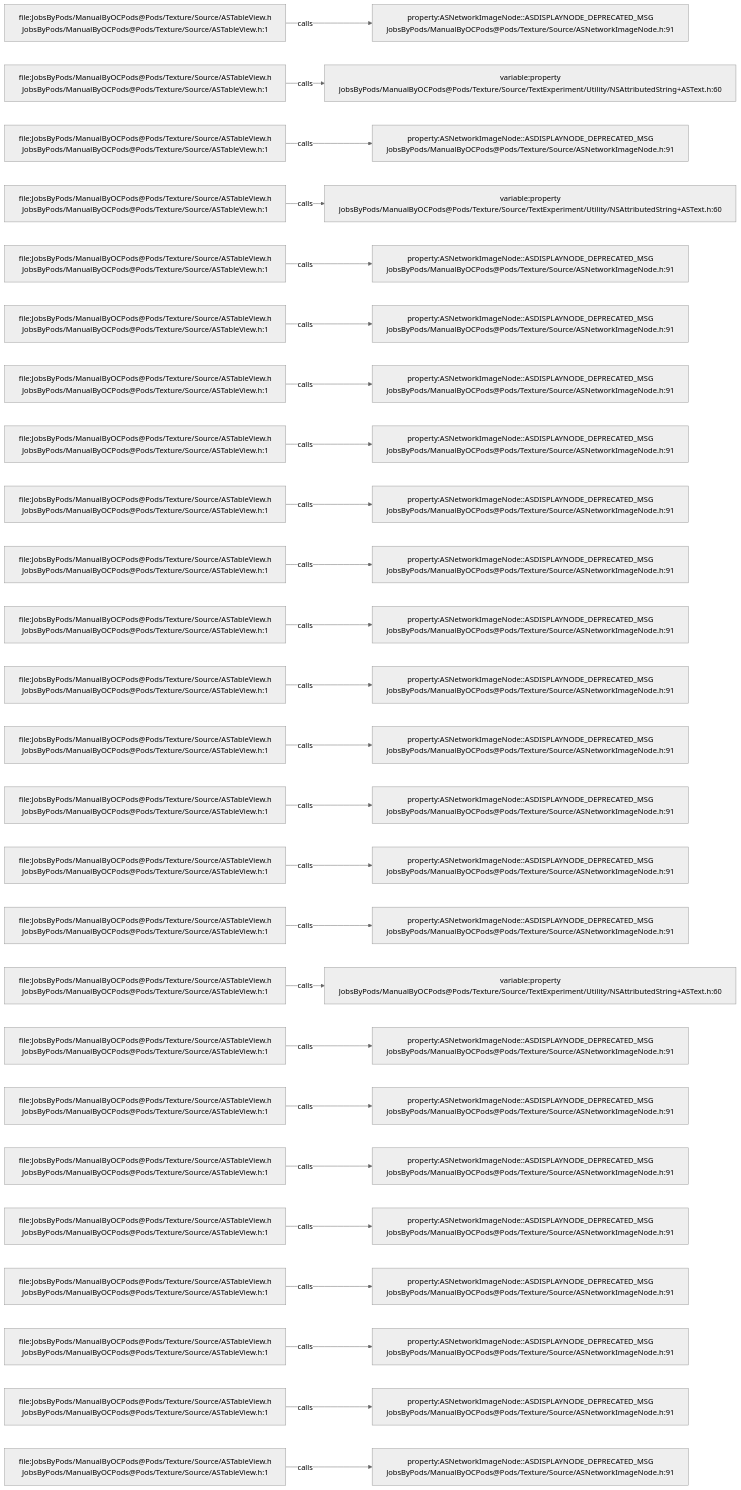
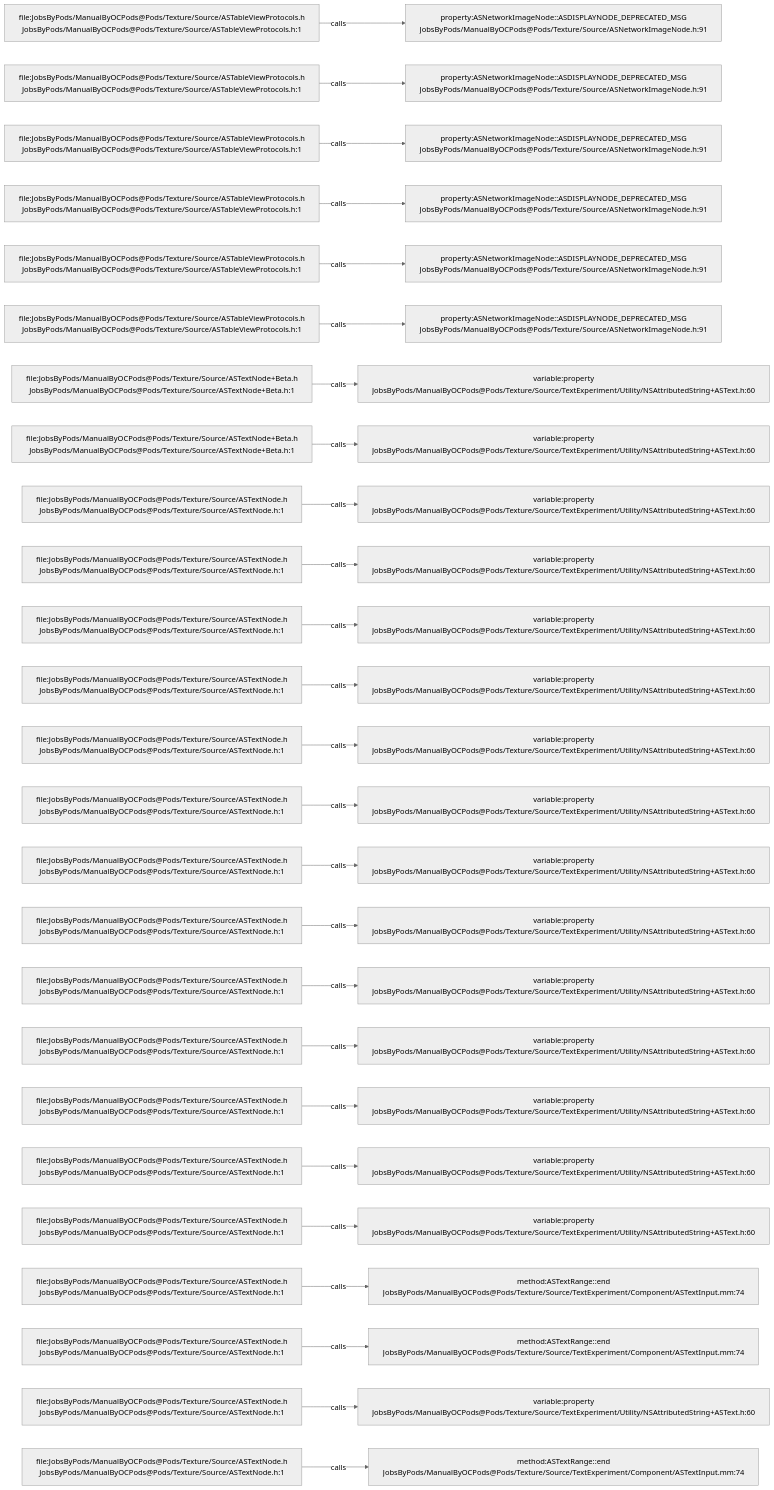
The diagram in .codegraph/codegraph.md/graphs/calls-117.md (JobsKits/JobsOCBaseConfigDemo), drawn with Mermaid (neutral theme) before and after one commit. The commit also changed 2723 other files, not shown here.

````diff
--- a/.codegraph/codegraph.md/graphs/calls-117.md
+++ b/.codegraph/codegraph.md/graphs/calls-117.md
@@ -13,78 +13,78 @@
 ```mermaid
 flowchart LR
-  S1["file:JobsByPods/ManualByOCPods@Pods/Texture/Source/ASTableView.h<br/>JobsByPods/ManualByOCPods@Pods/Texture/Source/ASTableView.h:1"]
+  S1["file:JobsByPods/ManualByOCPods@Pods/Texture/Source/ASTableViewProtocols.h<br/>JobsByPods/ManualByOCPods@Pods/Texture/Source/ASTableViewProtocols.h:1"]
   T1["property:ASNetworkImageNode::ASDISPLAYNODE_DEPRECATED_MSG<br/>JobsByPods/ManualByOCPods@Pods/Texture/Source/ASNetworkImageNode.h:91"]
   S1 -->|calls| T1
-  S2["file:JobsByPods/ManualByOCPods@Pods/Texture/Source/ASTableView.h<br/>JobsByPods/ManualByOCPods@Pods/Texture/Source/ASTableView.h:1"]
-  T2["variable:property<br/>JobsByPods/ManualByOCPods@Pods/Texture/Source/TextExperiment/Utility/NSAttributedString+ASText.h:60"]
+  S2["file:JobsByPods/ManualByOCPods@Pods/Texture/Source/ASTableViewProtocols.h<br/>JobsByPods/ManualByOCPods@Pods/Texture/Source/ASTableViewProtocols.h:1"]
+  T2["property:ASNetworkImageNode::ASDISPLAYNODE_DEPRECATED_MSG<br/>JobsByPods/ManualByOCPods@Pods/Texture/Source/ASNetworkImageNode.h:91"]
   S2 -->|calls| T2
-  S3["file:JobsByPods/ManualByOCPods@Pods/Texture/Source/ASTableView.h<br/>JobsByPods/ManualByOCPods@Pods/Texture/Source/ASTableView.h:1"]
+  S3["file:JobsByPods/ManualByOCPods@Pods/Texture/Source/ASTableViewProtocols.h<br/>JobsByPods/ManualByOCPods@Pods/Texture/Source/ASTableViewProtocols.h:1"]
   T3["property:ASNetworkImageNode::ASDISPLAYNODE_DEPRECATED_MSG<br/>JobsByPods/ManualByOCPods@Pods/Texture/Source/ASNetworkImageNode.h:91"]
   S3 -->|calls| T3
-  S4["file:JobsByPods/ManualByOCPods@Pods/Texture/Source/ASTableView.h<br/>JobsByPods/ManualByOCPods@Pods/Texture/Source/ASTableView.h:1"]
-  T4["variable:property<br/>JobsByPods/ManualByOCPods@Pods/Texture/Source/TextExperiment/Utility/NSAttributedString+ASText.h:60"]
+  S4["file:JobsByPods/ManualByOCPods@Pods/Texture/Source/ASTableViewProtocols.h<br/>JobsByPods/ManualByOCPods@Pods/Texture/Source/ASTableViewProtocols.h:1"]
+  T4["property:ASNetworkImageNode::ASDISPLAYNODE_DEPRECATED_MSG<br/>JobsByPods/ManualByOCPods@Pods/Texture/Source/ASNetworkImageNode.h:91"]
   S4 -->|calls| T4
-  S5["file:JobsByPods/ManualByOCPods@Pods/Texture/Source/ASTableView.h<br/>JobsByPods/ManualByOCPods@Pods/Texture/Source/ASTableView.h:1"]
+  S5["file:JobsByPods/ManualByOCPods@Pods/Texture/Source/ASTableViewProtocols.h<br/>JobsByPods/ManualByOCPods@Pods/Texture/Source/ASTableViewProtocols.h:1"]
   T5["property:ASNetworkImageNode::ASDISPLAYNODE_DEPRECATED_MSG<br/>JobsByPods/ManualByOCPods@Pods/Texture/Source/ASNetworkImageNode.h:91"]
   S5 -->|calls| T5
-  S6["file:JobsByPods/ManualByOCPods@Pods/Texture/Source/ASTableView.h<br/>JobsByPods/ManualByOCPods@Pods/Texture/Source/ASTableView.h:1"]
+  S6["file:JobsByPods/ManualByOCPods@Pods/Texture/Source/ASTableViewProtocols.h<br/>JobsByPods/ManualByOCPods@Pods/Texture/Source/ASTableViewProtocols.h:1"]
   T6["property:ASNetworkImageNode::ASDISPLAYNODE_DEPRECATED_MSG<br/>JobsByPods/ManualByOCPods@Pods/Texture/Source/ASNetworkImageNode.h:91"]
   S6 -->|calls| T6
-  S7["file:JobsByPods/ManualByOCPods@Pods/Texture/Source/ASTableView.h<br/>JobsByPods/ManualByOCPods@Pods/Texture/Source/ASTableView.h:1"]
-  T7["property:ASNetworkImageNode::ASDISPLAYNODE_DEPRECATED_MSG<br/>JobsByPods/ManualByOCPods@Pods/Texture/Source/ASNetworkImageNode.h:91"]
+  S7["file:JobsByPods/ManualByOCPods@Pods/Texture/Source/ASTextNode+Beta.h<br/>JobsByPods/ManualByOCPods@Pods/Texture/Source/ASTextNode+Beta.h:1"]
+  T7["variable:property<br/>JobsByPods/ManualByOCPods@Pods/Texture/Source/TextExperiment/Utility/NSAttributedString+ASText.h:60"]
   S7 -->|calls| T7
-  S8["file:JobsByPods/ManualByOCPods@Pods/Texture/Source/ASTableView.h<br/>JobsByPods/ManualByOCPods@Pods/Texture/Source/ASTableView.h:1"]
-  T8["property:ASNetworkImageNode::ASDISPLAYNODE_DEPRECATED_MSG<br/>JobsByPods/ManualByOCPods@Pods/Texture/Source/ASNetworkImageNode.h:91"]
+  S8["file:JobsByPods/ManualByOCPods@Pods/Texture/Source/ASTextNode+Beta.h<br/>JobsByPods/ManualByOCPods@Pods/Texture/Source/ASTextNode+Beta.h:1"]
+  T8["variable:property<br/>JobsByPods/ManualByOCPods@Pods/Texture/Source/TextExperiment/Utility/NSAttributedString+ASText.h:60"]
   S8 -->|calls| T8
-  S9["file:JobsByPods/ManualByOCPods@Pods/Texture/Source/ASTableView.h<br/>JobsByPods/ManualByOCPods@Pods/Texture/Source/ASTableView.h:1"]
-  T9["property:ASNetworkImageNode::ASDISPLAYNODE_DEPRECATED_MSG<br/>JobsByPods/ManualByOCPods@Pods/Texture/Source/ASNetworkImageNode.h:91"]
+  S9["file:JobsByPods/ManualByOCPods@Pods/Texture/Source/ASTextNode.h<br/>JobsByPods/ManualByOCPods@Pods/Texture/Source/ASTextNode.h:1"]
+  T9["variable:property<br/>JobsByPods/ManualByOCPods@Pods/Texture/Source/TextExperiment/Utility/NSAttributedString+ASText.h:60"]
   S9 -->|calls| T9
-  S10["file:JobsByPods/ManualByOCPods@Pods/Texture/Source/ASTableView.h<br/>JobsByPods/ManualByOCPods@Pods/Texture/Source/ASTableView.h:1"]
-  T10["property:ASNetworkImageNode::ASDISPLAYNODE_DEPRECATED_MSG<br/>JobsByPods/ManualByOCPods@Pods/Texture/Source/ASNetworkImageNode.h:91"]
+  S10["file:JobsByPods/ManualByOCPods@Pods/Texture/Source/ASTextNode.h<br/>JobsByPods/ManualByOCPods@Pods/Texture/Source/ASTextNode.h:1"]
+  T10["variable:property<br/>JobsByPods/ManualByOCPods@Pods/Texture/Source/TextExperiment/Utility/NSAttributedString+ASText.h:60"]
   S10 -->|calls| T10
-  S11["file:JobsByPods/ManualByOCPods@Pods/Texture/Source/ASTableView.h<br/>JobsByPods/ManualByOCPods@Pods/Texture/Source/ASTableView.h:1"]
-  T11["property:ASNetworkImageNode::ASDISPLAYNODE_DEPRECATED_MSG<br/>JobsByPods/ManualByOCPods@Pods/Texture/Source/ASNetworkImageNode.h:91"]
+  S11["file:JobsByPods/ManualByOCPods@Pods/Texture/Source/ASTextNode.h<br/>JobsByPods/ManualByOCPods@Pods/Texture/Source/ASTextNode.h:1"]
+  T11["variable:property<br/>JobsByPods/ManualByOCPods@Pods/Texture/Source/TextExperiment/Utility/NSAttributedString+ASText.h:60"]
   S11 -->|calls| T11
-  S12["file:JobsByPods/ManualByOCPods@Pods/Texture/Source/ASTableView.h<br/>JobsByPods/ManualByOCPods@Pods/Texture/Source/ASTableView.h:1"]
-  T12["property:ASNetworkImageNode::ASDISPLAYNODE_DEPRECATED_MSG<br/>JobsByPods/ManualByOCPods@Pods/Texture/Source/ASNetworkImageNode.h:91"]
+  S12["file:JobsByPods/ManualByOCPods@Pods/Texture/Source/ASTextNode.h<br/>JobsByPods/ManualByOCPods@Pods/Texture/Source/ASTextNode.h:1"]
+  T12["variable:property<br/>JobsByPods/ManualByOCPods@Pods/Texture/Source/TextExperiment/Utility/NSAttributedString+ASText.h:60"]
   S12 -->|calls| T12
-  S13["file:JobsByPods/ManualByOCPods@Pods/Texture/Source/ASTableView.h<br/>JobsByPods/ManualByOCPods@Pods/Texture/Source/ASTableView.h:1"]
-  T13["property:ASNetworkImageNode::ASDISPLAYNODE_DEPRECATED_MSG<br/>JobsByPods/ManualByOCPods@Pods/Texture/Source/ASNetworkImageNode.h:91"]
+  S13["file:JobsByPods/ManualByOCPods@Pods/Texture/Source/ASTextNode.h<br/>JobsByPods/ManualByOCPods@Pods/Texture/Source/ASTextNode.h:1"]
+  T13["variable:property<br/>JobsByPods/ManualByOCPods@Pods/Texture/Source/TextExperiment/Utility/NSAttributedString+ASText.h:60"]
   S13 -->|calls| T13
-  S14["file:JobsByPods/ManualByOCPods@Pods/Texture/Source/ASTableView.h<br/>JobsByPods/ManualByOCPods@Pods/Texture/Source/ASTableView.h:1"]
-  T14["property:ASNetworkImageNode::ASDISPLAYNODE_DEPRECATED_MSG<br/>JobsByPods/ManualByOCPods@Pods/Texture/Source/ASNetworkImageNode.h:91"]
+  S14["file:JobsByPods/ManualByOCPods@Pods/Texture/Source/ASTextNode.h<br/>JobsByPods/ManualByOCPods@Pods/Texture/Source/ASTextNode.h:1"]
+  T14["variable:property<br/>JobsByPods/ManualByOCPods@Pods/Texture/Source/TextExperiment/Utility/NSAttributedString+ASText.h:60"]
   S14 -->|calls| T14
-  S15["file:JobsByPods/ManualByOCPods@Pods/Texture/Source/ASTableView.h<br/>JobsByPods/ManualByOCPods@Pods/Texture/Source/ASTableView.h:1"]
-  T15["property:ASNetworkImageNode::ASDISPLAYNODE_DEPRECATED_MSG<br/>JobsByPods/ManualByOCPods@Pods/Texture/Source/ASNetworkImageNode.h:91"]
+  S15["file:JobsByPods/ManualByOCPods@Pods/Texture/Source/ASTextNode.h<br/>JobsByPods/ManualByOCPods@Pods/Texture/Source/ASTextNode.h:1"]
+  T15["variable:property<br/>JobsByPods/ManualByOCPods@Pods/Texture/Source/TextExperiment/Utility/NSAttributedString+ASText.h:60"]
   S15 -->|calls| T15
-  S16["file:JobsByPods/ManualByOCPods@Pods/Texture/Source/ASTableView.h<br/>JobsByPods/ManualByOCPods@Pods/Texture/Source/ASTableView.h:1"]
-  T16["property:ASNetworkImageNode::ASDISPLAYNODE_DEPRECATED_MSG<br/>JobsByPods/ManualByOCPods@Pods/Texture/Source/ASNetworkImageNode.h:91"]
+  S16["file:JobsByPods/ManualByOCPods@Pods/Texture/Source/ASTextNode.h<br/>JobsByPods/ManualByOCPods@Pods/Texture/Source/ASTextNode.h:1"]
+  T16["variable:property<br/>JobsByPods/ManualByOCPods@Pods/Texture/Source/TextExperiment/Utility/NSAttributedString+ASText.h:60"]
   S16 -->|calls| T16
-  S17["file:JobsByPods/ManualByOCPods@Pods/Texture/Source/ASTableView.h<br/>JobsByPods/ManualByOCPods@Pods/Texture/Source/ASTableView.h:1"]
+  S17["file:JobsByPods/ManualByOCPods@Pods/Texture/Source/ASTextNode.h<br/>JobsByPods/ManualByOCPods@Pods/Texture/Source/ASTextNode.h:1"]
   T17["variable:property<br/>JobsByPods/ManualByOCPods@Pods/Texture/Source/TextExperiment/Utility/NSAttributedString+ASText.h:60"]
   S17 -->|calls| T17
-  S18["file:JobsByPods/ManualByOCPods@Pods/Texture/Source/ASTableView.h<br/>JobsByPods/ManualByOCPods@Pods/Texture/Source/ASTableView.h:1"]
-  T18["property:ASNetworkImageNode::ASDISPLAYNODE_DEPRECATED_MSG<br/>JobsByPods/ManualByOCPods@Pods/Texture/Source/ASNetworkImageNode.h:91"]
+  S18["file:JobsByPods/ManualByOCPods@Pods/Texture/Source/ASTextNode.h<br/>JobsByPods/ManualByOCPods@Pods/Texture/Source/ASTextNode.h:1"]
+  T18["variable:property<br/>JobsByPods/ManualByOCPods@Pods/Texture/Source/TextExperiment/Utility/NSAttributedString+ASText.h:60"]
   S18 -->|calls| T18
-  S19["file:JobsByPods/ManualByOCPods@Pods/Texture/Source/ASTableView.h<br/>JobsByPods/ManualByOCPods@Pods/Texture/Source/ASTableView.h:1"]
-  T19["property:ASNetworkImageNode::ASDISPLAYNODE_DEPRECATED_MSG<br/>JobsByPods/ManualByOCPods@Pods/Texture/Source/ASNetworkImageNode.h:91"]
+  S19["file:JobsByPods/ManualByOCPods@Pods/Texture/Source/ASTextNode.h<br/>JobsByPods/ManualByOCPods@Pods/Texture/Source/ASTextNode.h:1"]
+  T19["variable:property<br/>JobsByPods/ManualByOCPods@Pods/Texture/Source/TextExperiment/Utility/NSAttributedString+ASText.h:60"]
   S19 -->|calls| T19
-  S20["file:JobsByPods/ManualByOCPods@Pods/Texture/Source/ASTableView.h<br/>JobsByPods/ManualByOCPods@Pods/Texture/Source/ASTableView.h:1"]
-  T20["property:ASNetworkImageNode::ASDISPLAYNODE_DEPRECATED_MSG<br/>JobsByPods/ManualByOCPods@Pods/Texture/Source/ASNetworkImageNode.h:91"]
+  S20["file:JobsByPods/ManualByOCPods@Pods/Texture/Source/ASTextNode.h<br/>JobsByPods/ManualByOCPods@Pods/Texture/Source/ASTextNode.h:1"]
+  T20["variable:property<br/>JobsByPods/ManualByOCPods@Pods/Texture/Source/TextExperiment/Utility/NSAttributedString+ASText.h:60"]
   S20 -->|calls| T20
-  S21["file:JobsByPods/ManualByOCPods@Pods/Texture/Source/ASTableView.h<br/>JobsByPods/ManualByOCPods@Pods/Texture/Source/ASTableView.h:1"]
-  T21["property:ASNetworkImageNode::ASDISPLAYNODE_DEPRECATED_MSG<br/>JobsByPods/ManualByOCPods@Pods/Texture/Source/ASNetworkImageNode.h:91"]
+  S21["file:JobsByPods/ManualByOCPods@Pods/Texture/Source/ASTextNode.h<br/>JobsByPods/ManualByOCPods@Pods/Texture/Source/ASTextNode.h:1"]
+  T21["variable:property<br/>JobsByPods/ManualByOCPods@Pods/Texture/Source/TextExperiment/Utility/NSAttributedString+ASText.h:60"]
   S21 -->|calls| T21
-  S22["file:JobsByPods/ManualByOCPods@Pods/Texture/Source/ASTableView.h<br/>JobsByPods/ManualByOCPods@Pods/Texture/Source/ASTableView.h:1"]
-  T22["property:ASNetworkImageNode::ASDISPLAYNODE_DEPRECATED_MSG<br/>JobsByPods/ManualByOCPods@Pods/Texture/Source/ASNetworkImageNode.h:91"]
+  S22["file:JobsByPods/ManualByOCPods@Pods/Texture/Source/ASTextNode.h<br/>JobsByPods/ManualByOCPods@Pods/Texture/Source/ASTextNode.h:1"]
+  T22["method:ASTextRange::end<br/>JobsByPods/ManualByOCPods@Pods/Texture/Source/TextExperiment/Component/ASTextInput.mm:74"]
   S22 -->|calls| T22
-  S23["file:JobsByPods/ManualByOCPods@Pods/Texture/Source/ASTableView.h<br/>JobsByPods/ManualByOCPods@Pods/Texture/Source/ASTableView.h:1"]
-  T23["property:ASNetworkImageNode::ASDISPLAYNODE_DEPRECATED_MSG<br/>JobsByPods/ManualByOCPods@Pods/Texture/Source/ASNetworkImageNode.h:91"]
+  S23["file:JobsByPods/ManualByOCPods@Pods/Texture/Source/ASTextNode.h<br/>JobsByPods/ManualByOCPods@Pods/Texture/Source/ASTextNode.h:1"]
+  T23["method:ASTextRange::end<br/>JobsByPods/ManualByOCPods@Pods/Texture/Source/TextExperiment/Component/ASTextInput.mm:74"]
   S23 -->|calls| T23
-  S24["file:JobsByPods/ManualByOCPods@Pods/Texture/Source/ASTableView.h<br/>JobsByPods/ManualByOCPods@Pods/Texture/Source/ASTableView.h:1"]
-  T24["property:ASNetworkImageNode::ASDISPLAYNODE_DEPRECATED_MSG<br/>JobsByPods/ManualByOCPods@Pods/Texture/Source/ASNetworkImageNode.h:91"]
+  S24["file:JobsByPods/ManualByOCPods@Pods/Texture/Source/ASTextNode.h<br/>JobsByPods/ManualByOCPods@Pods/Texture/Source/ASTextNode.h:1"]
+  T24["variable:property<br/>JobsByPods/ManualByOCPods@Pods/Texture/Source/TextExperiment/Utility/NSAttributedString+ASText.h:60"]
   S24 -->|calls| T24
-  S25["file:JobsByPods/ManualByOCPods@Pods/Texture/Source/ASTableView.h<br/>JobsByPods/ManualByOCPods@Pods/Texture/Source/ASTableView.h:1"]
-  T25["property:ASNetworkImageNode::ASDISPLAYNODE_DEPRECATED_MSG<br/>JobsByPods/ManualByOCPods@Pods/Texture/Source/ASNetworkImageNode.h:91"]
+  S25["file:JobsByPods/ManualByOCPods@Pods/Texture/Source/ASTextNode.h<br/>JobsByPods/ManualByOCPods@Pods/Texture/Source/ASTextNode.h:1"]
+  T25["method:ASTextRange::end<br/>JobsByPods/ManualByOCPods@Pods/Texture/Source/TextExperiment/Component/ASTextInput.mm:74"]
   S25 -->|calls| T25
 ```
````
